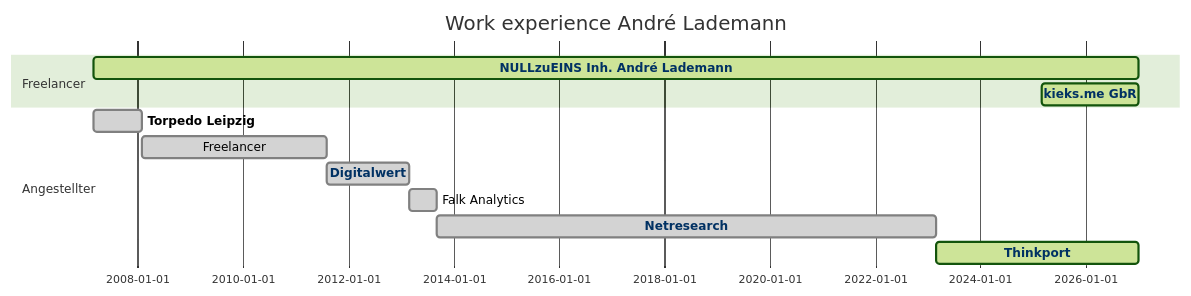
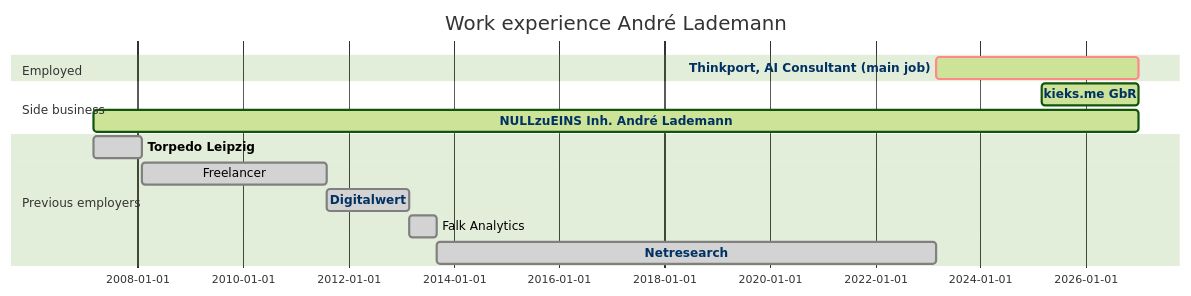
One commit to vergissberlin/vergissberlin changed the diagram in README.md. Above: the diagram before and after it, drawn with Mermaid (forest theme). The commit also changed other lines of this file, not shown here.

Commit message:
Update profile README: AI Consultant at Thinkport, featured CAN/LAB, certifications

````diff
--- a/README.md
+++ b/README.md
@@ -172,24 +183,26 @@
 ```mermaid
 gantt
 	dateFormat YYYY-MM-DD
 	title      Work experience André Lademann
 
-	section Freelancer 
+	section Employed
+		Thinkport, AI Consultant (main job) :crit, active, emp6a, 2023-03-01, 2026-12-31
+		click emp6a href "https://thinkport.digital"
+
+	section Side business
+		kieks.me GbR  :active,  kieksme, 2025-03-01, 2026-12-31
 		NULLzuEINS Inh. André Lademann :active,  nze, 2007-03, 2026-12-31
-		kieks.me GbR  :active,  kieksme, 2025-03-01, 2026-12-31
 		click nze href "https://nullzueins.com"
 		click kieksme href "https://kieks.me"
-	
-	section Angestellter
+
+	section Previous employers
 		Torpedo Leipzig : done, emp1, 2007-03-01, 2008-02-01
 		Freelancer      :done, emp2, after emp1, 2011-08-01
 		Digitalwert     :done, emp3, after emp2, 2013-03-01
 		Falk Analytics  : done, emp4, after emp3, 2013-09-01
 		Netresearch     : done, emp5, after emp4, 2023-02-28
-		Thinkport       :active, emp6, after emp5, 2026-12-31
 
 		click emp1 href "https://torpedo-motor.com"
 		click emp3 href "https://digitalwert.de"
 		click emp5 href "https://netresearch.de"
-		click emp6 href "https://thinkport.digital"
 ```
````
